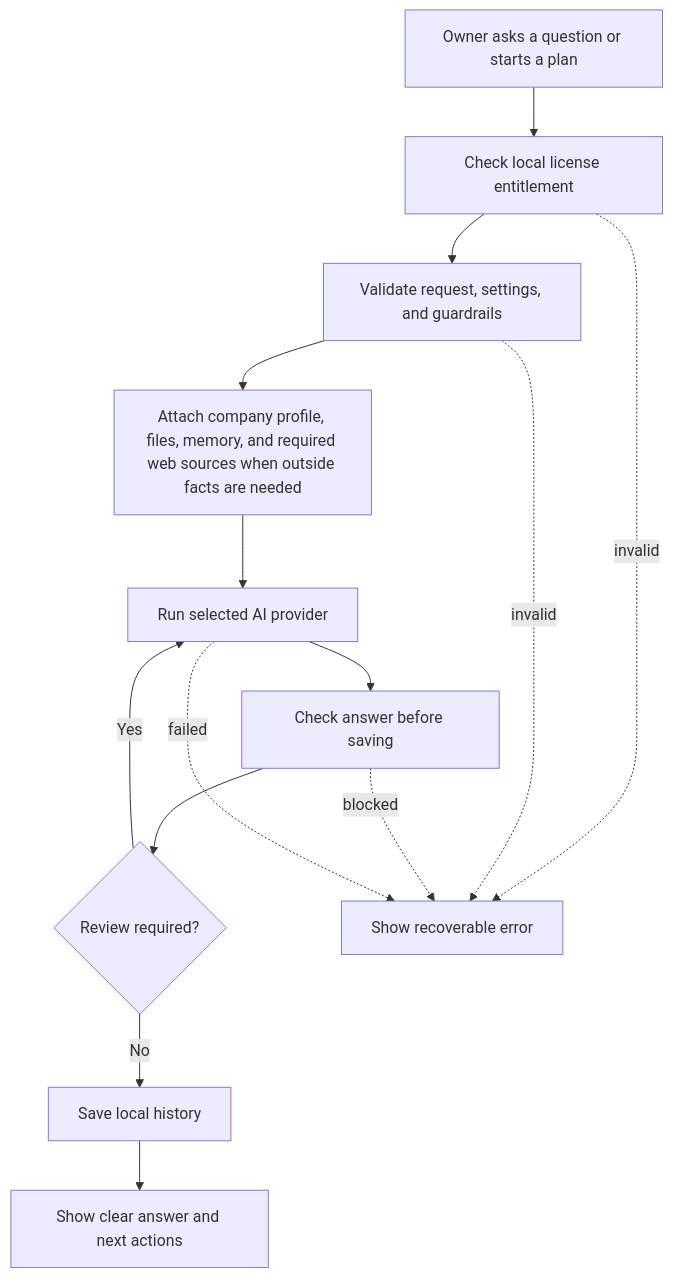
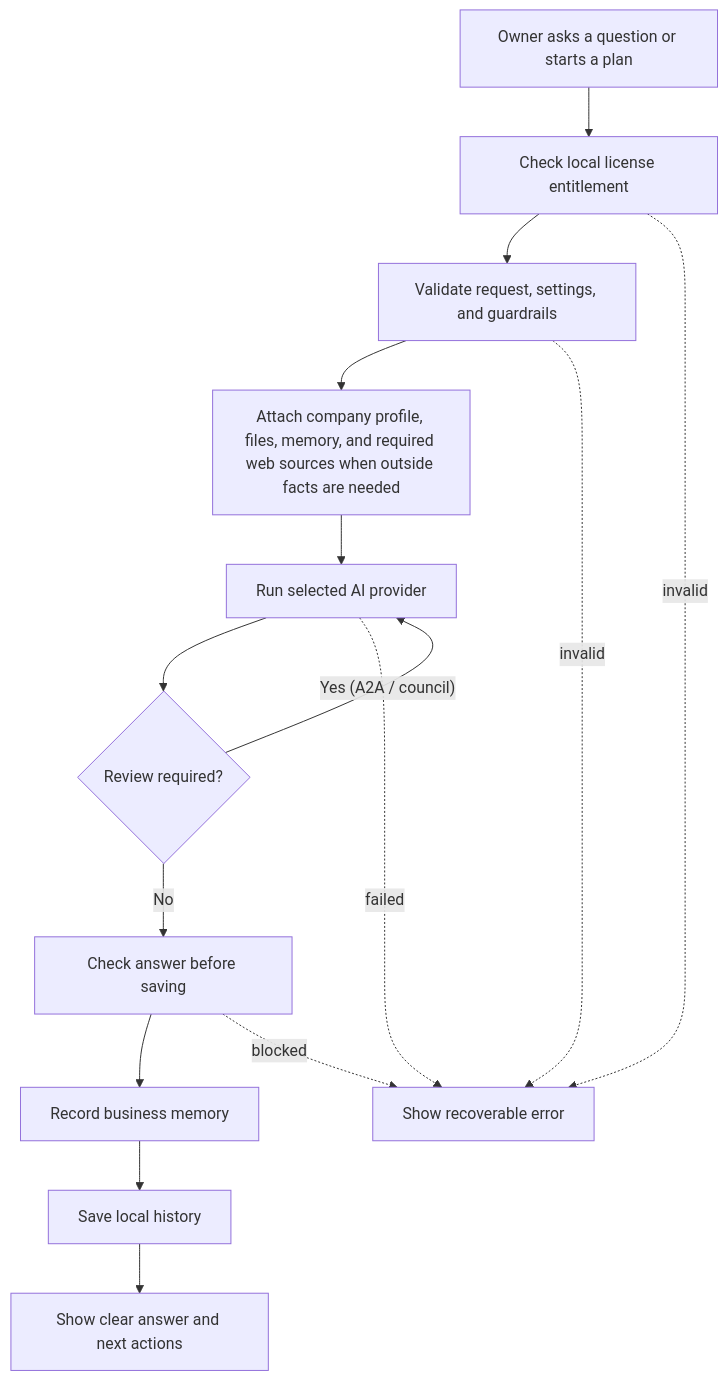
One commit to Afnanksalal/co-op changed the first of 2 diagrams in docs/AGENT_ORCHESTRATION.md. Above: the diagram before and after it, drawn with Mermaid. The commit also changed other lines of this file and 1 other file, not shown here.

Commit message:
fix: align docs diagram with runtime flow, add approval gate tests, document dead ends

````diff
--- a/docs/AGENT_ORCHESTRATION.md
+++ b/docs/AGENT_ORCHESTRATION.md
@@ -22,27 +22,29 @@
 ```mermaid
 flowchart TD
   Ask["Owner asks a question or starts a plan"]
   License["Check local license entitlement"]
   Validate["Validate request, settings, and guardrails"]
   Context["Attach company profile, files, memory, and required web sources when outside facts are needed"]
   Provider["Run selected AI provider"]
+  Review{"Review required?"}
   OutputGate["Check answer before saving"]
-  Review{"Review required?"}
+  Memory["Record business memory"]
   Save["Save local history"]
   Result["Show clear answer and next actions"]
   Error["Show recoverable error"]
 
   Ask --> License
   License --> Validate
   Validate --> Context
   Context --> Provider
-  Provider --> OutputGate
-  OutputGate --> Review
-  Review -- "No" --> Save
-  Review -- "Yes" --> Provider
+  Provider --> Review
+  Review -- "No" --> OutputGate
+  Review -- "Yes (A2A / council)" --> Provider
+  OutputGate --> Memory
+  Memory --> Save
   Save --> Result
   License -. "invalid" .-> Error
   Validate -. "invalid" .-> Error
   OutputGate -. "blocked" .-> Error
   Provider -. "failed" .-> Error
 ```
````
